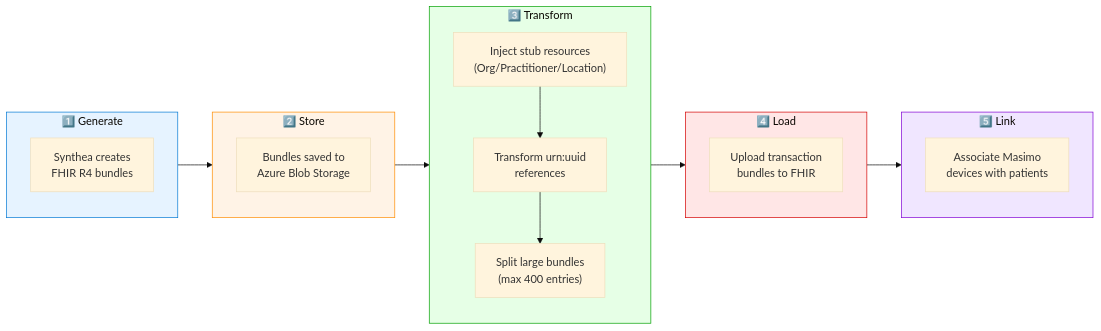
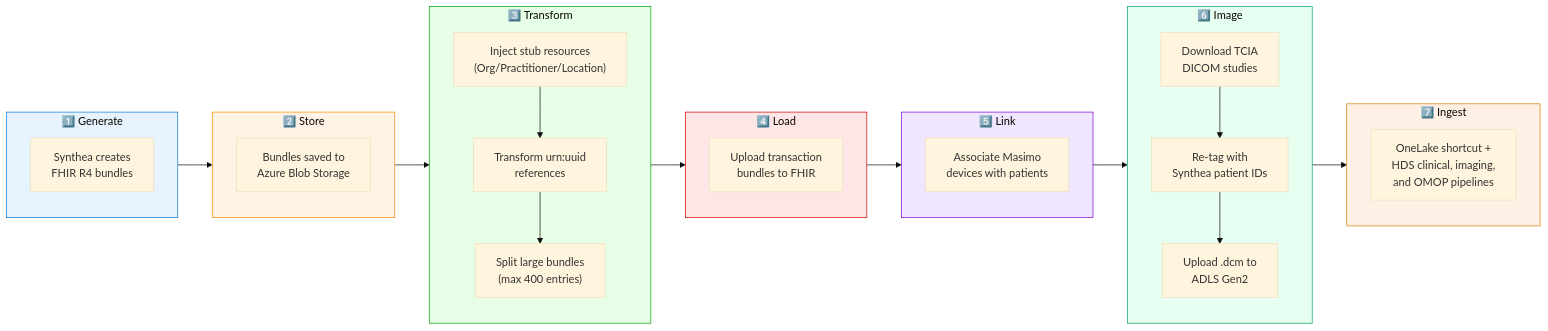
Before and after one commit to kfprugger/med-device-fabric-emulator: the first of 5 diagrams in README.md, drawn with Mermaid (base theme). The commit also changed other lines of this file and 33 other files, not shown here.

````diff
--- a/README.md
+++ b/README.md
@@ -67,33 +20,46 @@
 ```mermaid
 flowchart LR
     subgraph Step1["1️⃣ Generate"]
         S1["Synthea creates<br/>FHIR R4 bundles"]
     end
     
     subgraph Step2["2️⃣ Store"]
         S2["Bundles saved to<br/>Azure Blob Storage"]
     end
     
     subgraph Step3["3️⃣ Transform"]
         S3A["Inject stub resources<br/>(Org/Practitioner/Location)"]
         S3B["Transform urn:uuid<br/>references"]
         S3C["Split large bundles<br/>(max 400 entries)"]
     end
     
     subgraph Step4["4️⃣ Load"]
         S4["Upload transaction<br/>bundles to FHIR"]
     end
     
     subgraph Step5["5️⃣ Link"]
         S5["Associate Masimo<br/>devices with patients"]
     end
     
-    Step1 --> Step2 --> Step3 --> Step4 --> Step5
+    subgraph Step6["6️⃣ Image"]
+        S6A["Download TCIA<br/>DICOM studies"]
+        S6B["Re-tag with<br/>Synthea patient IDs"]
+        S6C["Upload .dcm to<br/>ADLS Gen2"]
+    end
+    
+    subgraph Step7["7️⃣ Ingest"]
+        S7["OneLake shortcut +<br/>HDS clinical, imaging,<br/>and OMOP pipelines"]
+    end
+    
+    Step1 --> Step2 --> Step3 --> Step4 --> Step5 --> Step6 --> Step7
+    S6A --> S6B --> S6C
     S3A --> S3B --> S3C
 
     style Step1 fill:#e6f3ff,stroke:#0078d4
     style Step2 fill:#fff3e6,stroke:#ff8c00
     style Step3 fill:#e6ffe6,stroke:#00a000
     style Step4 fill:#ffe6e6,stroke:#d40000
     style Step5 fill:#f0e6ff,stroke:#8000d4
+    style Step6 fill:#e6fff0,stroke:#00a060
+    style Step7 fill:#fff0e6,stroke:#d48000
 ```
````
